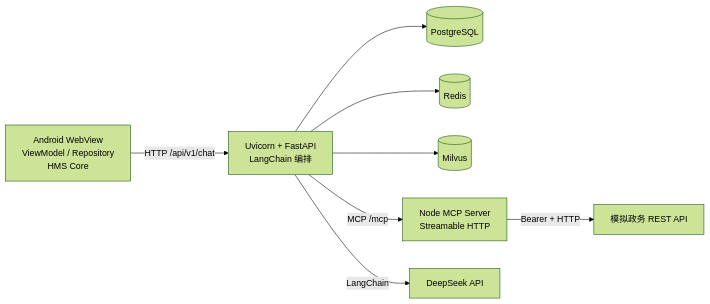
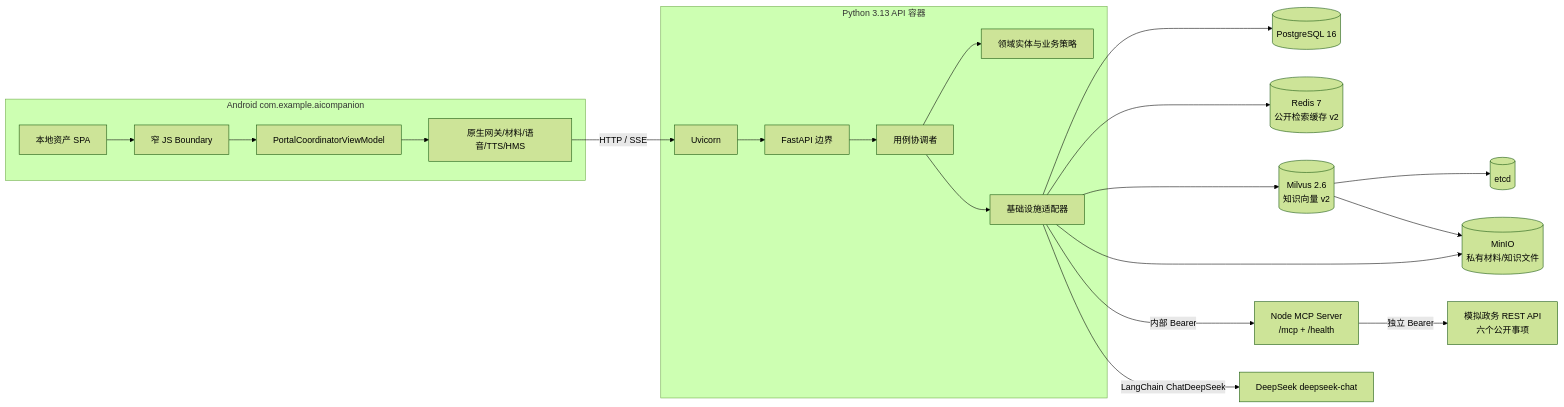
Before and after one commit to gry67673905/-AI-: the first of 3 diagrams in docs/architecture.md, drawn with Mermaid (forest theme). The commit also changed other lines of this file and 124 other files, not shown here.

````diff
--- a/docs/architecture.md
+++ b/docs/architecture.md
@@ -5,19 +11,40 @@
 ```mermaid
 flowchart LR
-    Android[Android WebView\nViewModel / Repository\nHMS Core]
-    API[Uvicorn + FastAPI\nLangChain 编排]
-    PG[(PostgreSQL)]
-    Redis[(Redis)]
-    Milvus[(Milvus)]
-    MCP[Node MCP Server\nStreamable HTTP]
-    GovAPI[模拟政务 REST API]
-    LLM[DeepSeek API]
+    subgraph Android[Android com.example.aicompanion]
+        SPA[本地资产 SPA]
+        JSB[窄 JS Boundary]
+        VM[PortalCoordinatorViewModel]
+        Native[原生网关/材料/语音/TTS/HMS]
+        SPA --> JSB --> VM --> Native
+    end
 
-    Android -->|HTTP /api/v1/chat| API
-    API --> PG
-    API --> Redis
-    API --> Milvus
-    API -->|MCP /mcp| MCP
-    MCP -->|Bearer + HTTP| GovAPI
-    API -->|LangChain| LLM
+    subgraph API[Python 3.13 API 容器]
+        UV[Uvicorn]
+        FastAPI[FastAPI 边界]
+        Coord[用例协调者]
+        Domain[领域实体与业务策略]
+        Adapters[基础设施适配器]
+        UV --> FastAPI --> Coord --> Domain
+        Coord --> Adapters
+    end
+
+    PG[(PostgreSQL 16)]
+    Redis[(Redis 7\n公开检索缓存 v2)]
+    Milvus[(Milvus 2.6\n知识向量 v2)]
+    MinIO[(MinIO\n私有材料/知识文件)]
+    MCP[Node MCP Server\n/mcp + /health]
+    Mock[模拟政务 REST API\n六个公开事项]
+    LLM[DeepSeek deepseek-chat]
+    etcd[(etcd)]
+
+    Native -->|HTTP / SSE| UV
+    Adapters --> PG
+    Adapters --> Redis
+    Adapters --> Milvus
+    Adapters --> MinIO
+    Adapters -->|内部 Bearer| MCP
+    MCP -->|独立 Bearer| Mock
+    Adapters -->|LangChain ChatDeepSeek| LLM
+    Milvus --> etcd
+    Milvus --> MinIO
 ```
````
